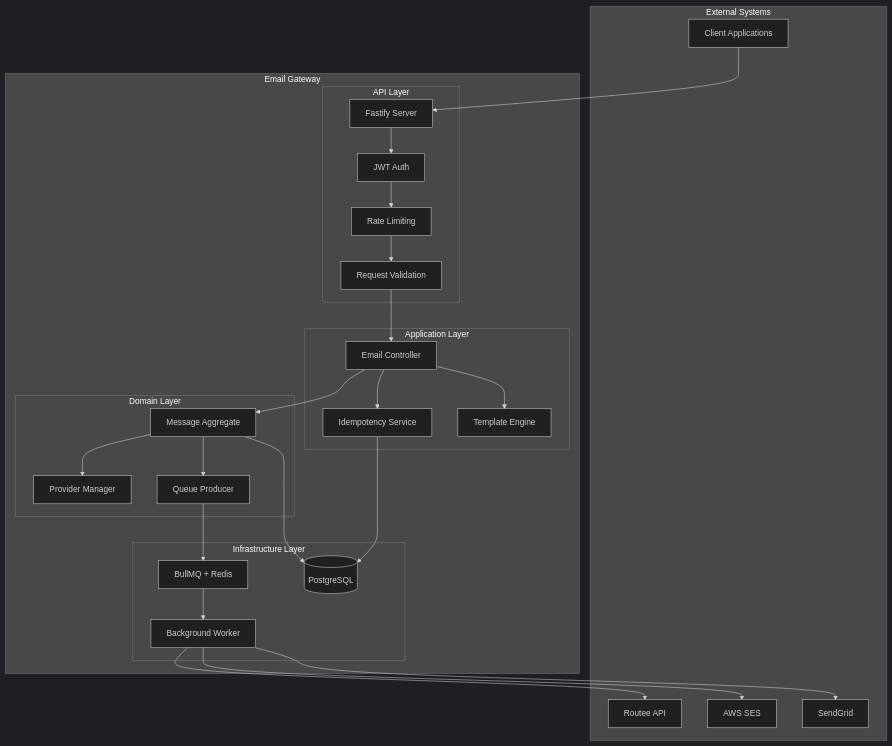
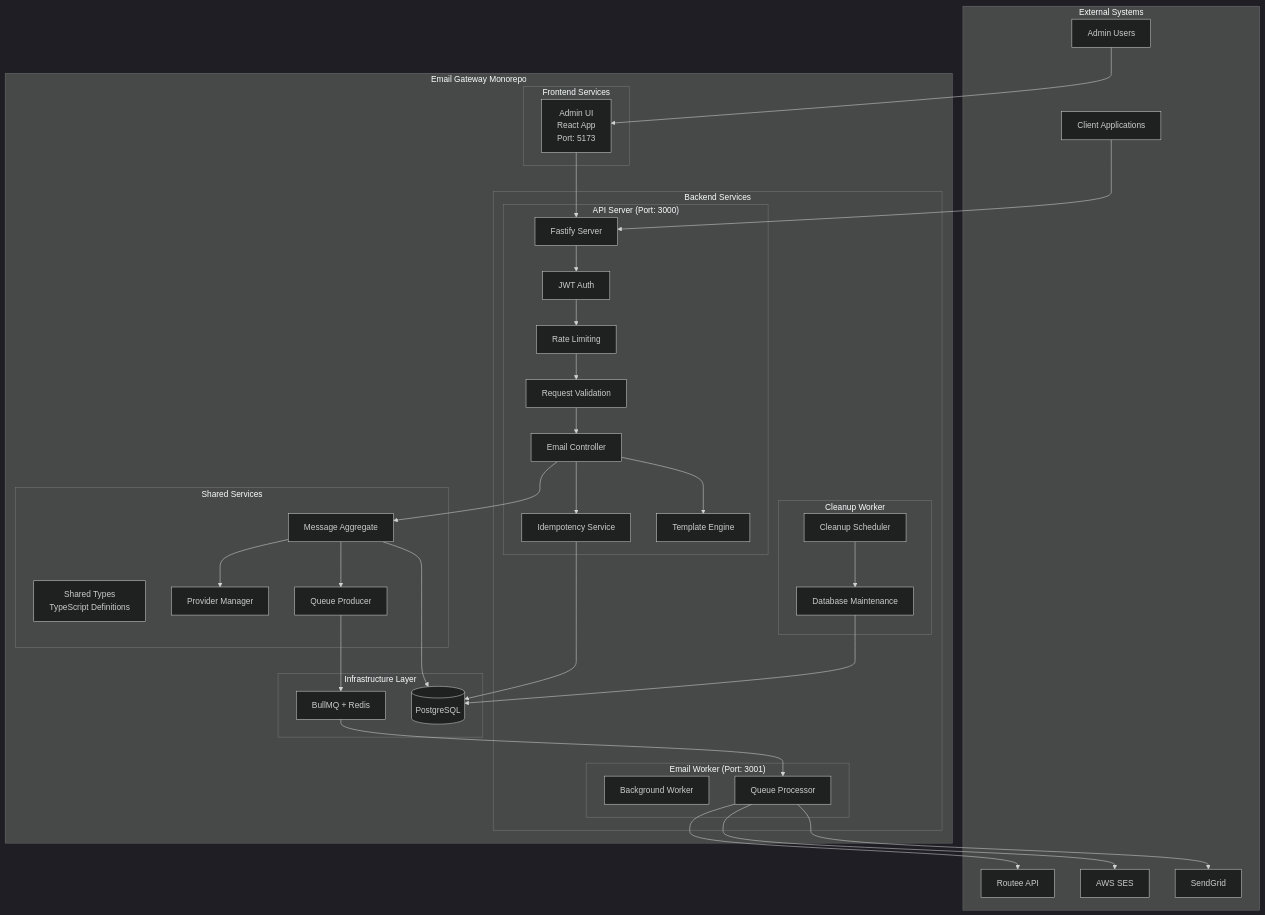
The first of 4 diagrams in docs/ARCHITECTURE.md (cantoniouwaymore/emailgateway), drawn with Mermaid (dark theme) before and after one commit. The commit also changed other lines of this file and 319 other files, not shown here.

````diff
--- a/docs/ARCHITECTURE.md
+++ b/docs/ARCHITECTURE.md
@@ -28,54 +55,72 @@
 ```mermaid
 graph TB
     subgraph "External Systems"
         Client[Client Applications]
+        AdminUser[Admin Users]
         Provider1[Routee API]
         Provider2[AWS SES]
         Provider3[SendGrid]
     end
 
-    subgraph "Email Gateway"
-        subgraph "API Layer"
-            Fastify[Fastify Server]
-            Auth[JWT Auth]
-            RateLimit[Rate Limiting]
-            Validation[Request Validation]
+    subgraph "Email Gateway Monorepo"
+        subgraph "Frontend Services"
+            AdminUI[Admin UI<br/>React App<br/>Port: 5173]
         end
 
-        subgraph "Application Layer"
-            Controller[Email Controller]
-            Idempotency[Idempotency Service]
-            TemplateEngine[Template Engine]
+        subgraph "Backend Services"
+            subgraph "API Server (Port: 3000)"
+                Fastify[Fastify Server]
+                Auth[JWT Auth]
+                RateLimit[Rate Limiting]
+                Validation[Request Validation]
+                Controller[Email Controller]
+                Idempotency[Idempotency Service]
+                TemplateEngine[Template Engine]
+            end
+
+            subgraph "Email Worker (Port: 3001)"
+                Worker[Background Worker]
+                QueueProcessor[Queue Processor]
+            end
+
+            subgraph "Cleanup Worker"
+                CleanupScheduler[Cleanup Scheduler]
+                DatabaseMaintenance[Database Maintenance]
+            end
         end
 
-        subgraph "Domain Layer"
+        subgraph "Shared Services"
+            SharedTypes[Shared Types<br/>TypeScript Definitions]
             Message[Message Aggregate]
             ProviderManager[Provider Manager]
             QueueProducer[Queue Producer]
         end
 
         subgraph "Infrastructure Layer"
             Queue[BullMQ + Redis]
             Database[(PostgreSQL)]
-            Worker[Background Worker]
         end
     end
 
     Client --> Fastify
+    AdminUser --> AdminUI
+    AdminUI --> Fastify
     Fastify --> Auth
     Auth --> RateLimit
     RateLimit --> Validation
     Validation --> Controller
     Controller --> Idempotency
     Controller --> TemplateEngine
     Controller --> Message
     Message --> ProviderManager
     Message --> QueueProducer
     QueueProducer --> Queue
-    Queue --> Worker
-    Worker --> Provider1
-    Worker --> Provider2
-    Worker --> Provider3
+    Queue --> QueueProcessor
+    QueueProcessor --> Provider1
+    QueueProcessor --> Provider2
+    QueueProcessor --> Provider3
     Message --> Database
     Idempotency --> Database
+    CleanupScheduler --> DatabaseMaintenance
+    DatabaseMaintenance --> Database
 ```
````
